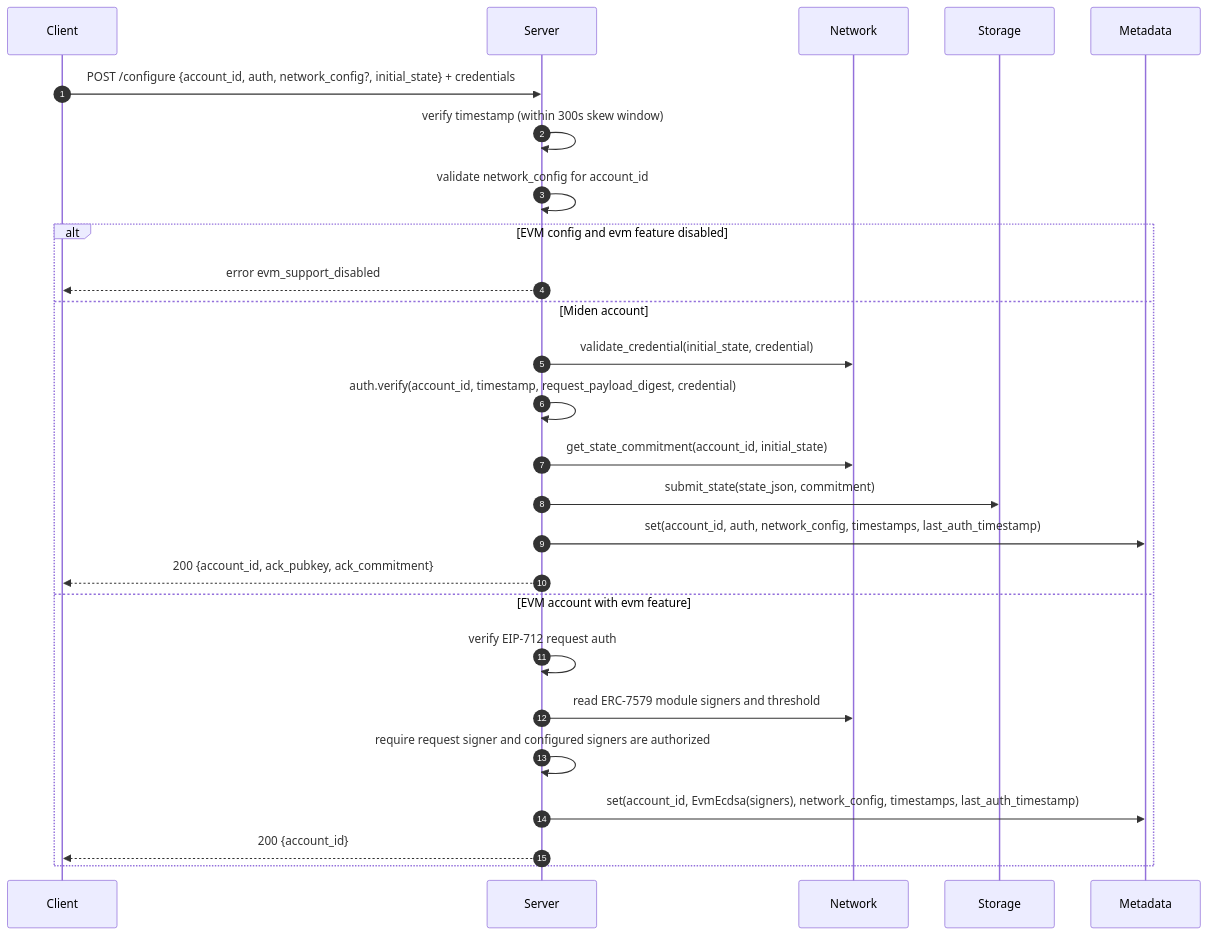
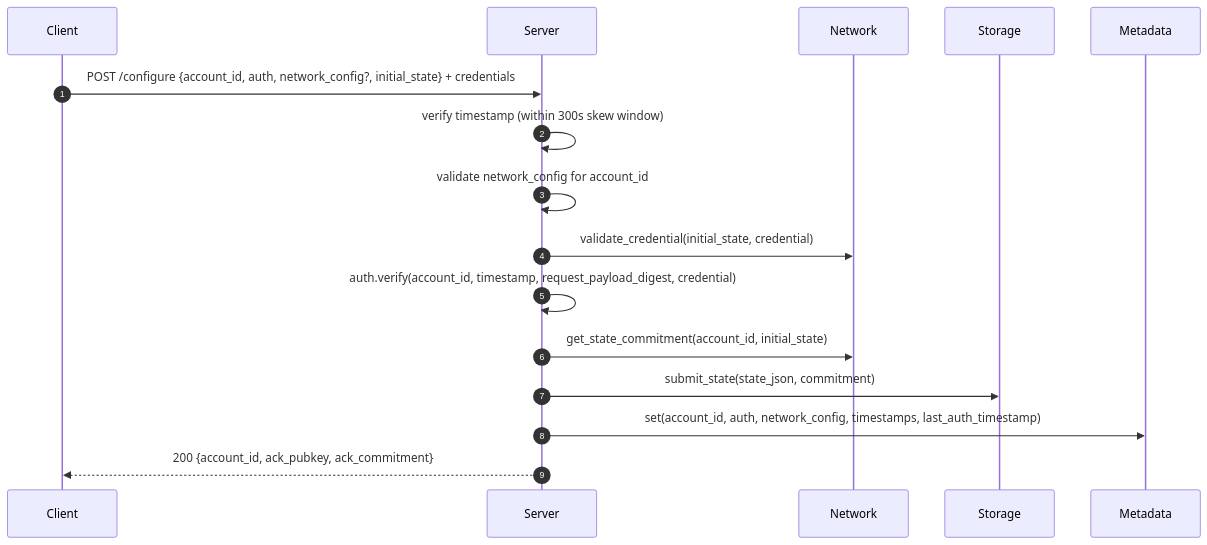
The first of 10 diagrams in spec/processes.md (OpenZeppelin/guardian), drawn with Mermaid before and after one commit. The commit also changed other lines of this file and 55 other files, not shown here.

First line of the commit message:
Evm proposals support (#201)

````diff
--- a/spec/processes.md
+++ b/spec/processes.md
@@ -16,28 +19,18 @@
 ```mermaid
 sequenceDiagram
   autonumber
   participant C as Client
   participant S as Server
   participant N as Network
   participant ST as Storage
   participant M as Metadata
   C->>S: POST /configure {account_id, auth, network_config?, initial_state} + credentials
   S->>S: verify timestamp (within 300s skew window)
   S->>S: validate network_config for account_id
-  alt EVM config and evm feature disabled
-    S-->>C: error evm_support_disabled
-  else Miden account
-    S->>N: validate_credential(initial_state, credential)
-    S->>S: auth.verify(account_id, timestamp, request_payload_digest, credential)
-    S->>N: get_state_commitment(account_id, initial_state)
-    S->>ST: submit_state(state_json, commitment)
-    S->>M: set(account_id, auth, network_config, timestamps, last_auth_timestamp)
-    S-->>C: 200 {account_id, ack_pubkey, ack_commitment}
-  else EVM account with evm feature
-    S->>S: verify EIP-712 request auth
-    S->>N: read ERC-7579 module signers and threshold
-    S->>S: require request signer and configured signers are authorized
-    S->>M: set(account_id, EvmEcdsa(signers), network_config, timestamps, last_auth_timestamp)
-    S-->>C: 200 {account_id}
-  end
+  S->>N: validate_credential(initial_state, credential)
+  S->>S: auth.verify(account_id, timestamp, request_payload_digest, credential)
+  S->>N: get_state_commitment(account_id, initial_state)
+  S->>ST: submit_state(state_json, commitment)
+  S->>M: set(account_id, auth, network_config, timestamps, last_auth_timestamp)
+  S-->>C: 200 {account_id, ack_pubkey, ack_commitment}
 ```
````
